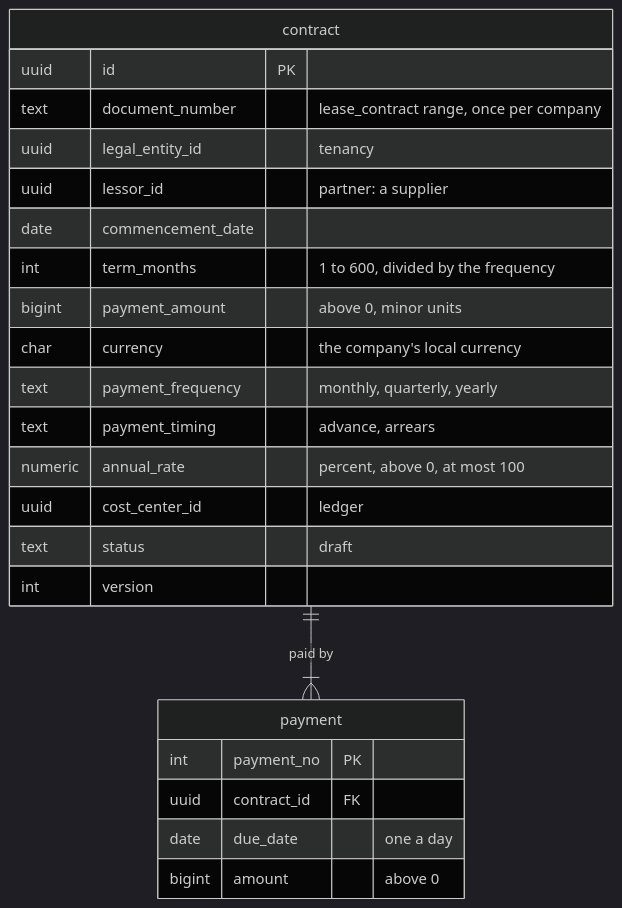
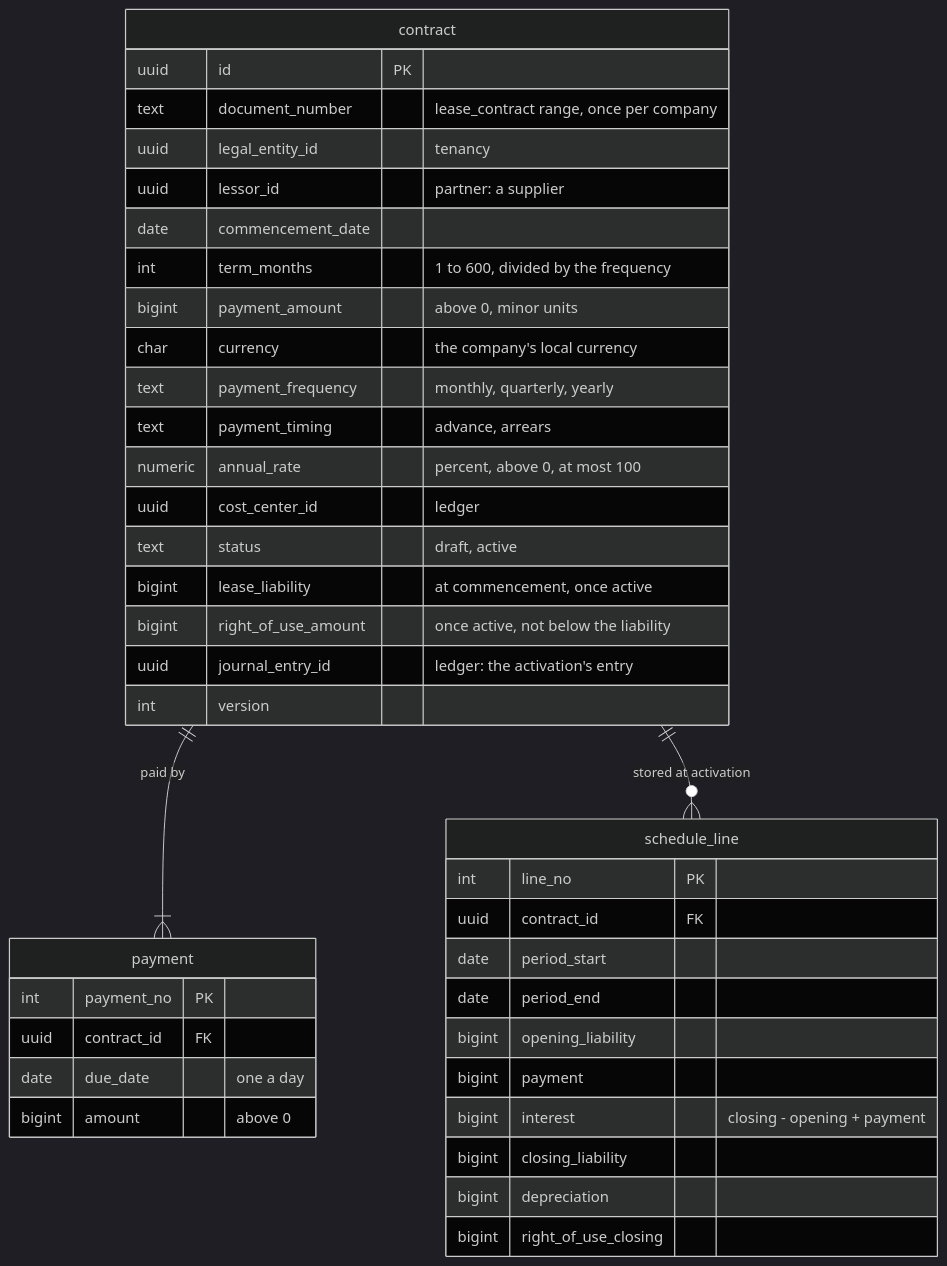
One commit to mustie7iy/agentic-erp changed diagram 20 of 20 in docs/design/03-data-model.md. Above: the diagram before and after it, drawn with Mermaid (dark theme). The commit also changed other lines of this file and 45 other files, not shown here.

````diff
--- a/docs/design/03-data-model.md
+++ b/docs/design/03-data-model.md
@@ -5149,22 +5151,36 @@
 ```mermaid
 erDiagram
   contract ||--|{ payment : "paid by"
+  contract ||--o{ schedule_line : "stored at activation"
   contract { uuid id PK
     text document_number "lease_contract range, once per company"
     uuid legal_entity_id "tenancy"
     uuid lessor_id "partner: a supplier"
     date commencement_date
     int term_months "1 to 600, divided by the frequency"
     bigint payment_amount "above 0, minor units"
     char currency "the company's local currency"
     text payment_frequency "monthly, quarterly, yearly"
     text payment_timing "advance, arrears"
     numeric annual_rate "percent, above 0, at most 100"
     uuid cost_center_id "ledger"
-    text status "draft"
+    text status "draft, active"
+    bigint lease_liability "at commencement, once active"
+    bigint right_of_use_amount "once active, not below the liability"
+    uuid journal_entry_id "ledger: the activation's entry"
     int version }
   payment { int payment_no PK
     uuid contract_id FK
     date due_date "one a day"
     bigint amount "above 0" }
+  schedule_line { int line_no PK
+    uuid contract_id FK
+    date period_start
+    date period_end
+    bigint opening_liability
+    bigint payment
+    bigint interest "closing - opening + payment"
+    bigint closing_liability
+    bigint depreciation
+    bigint right_of_use_closing }
 ```
````
